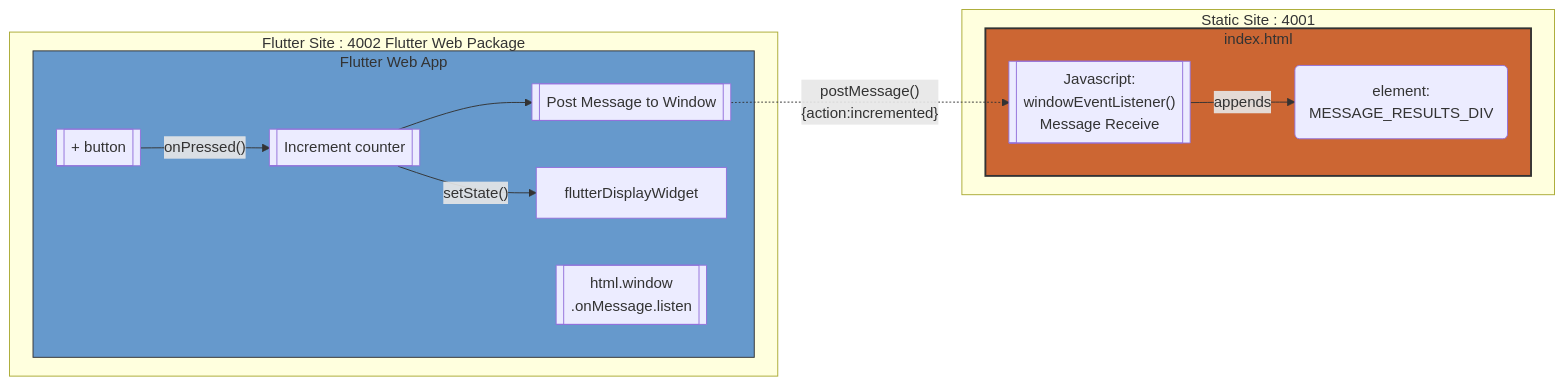
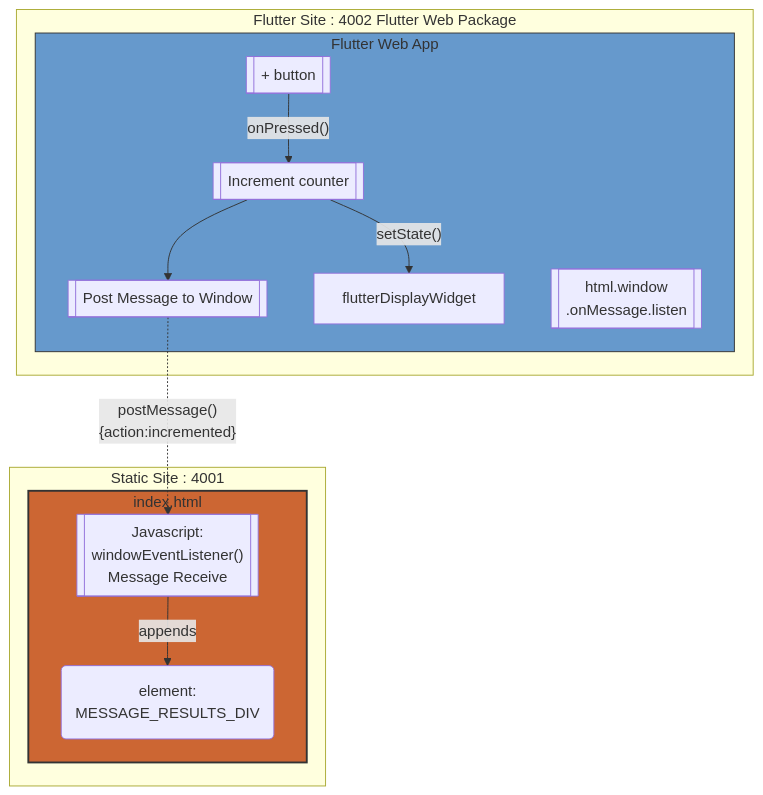
The third of 4 diagrams in README.md (freemansoft/flutter-embedded), drawn with Mermaid before and after one commit.

Commit message:
yet again

````diff
--- a/README.md
+++ b/README.md
@@ -132,39 +132,39 @@
 ```mermaid
-graph LR;
+graph TB;
   subgraph 4001[Static Site : 4001]
     subgraph staticIndex[index.html]
 
       javascriptWindowEventListener[["Javascript:
       windowEventListener()
       Message Receive"]]
       htmlElementMessage("element:
       MESSAGE_RESULTS_DIV")
     end
   end
 
   subgraph 4002[Flutter Site : 4002 Flutter Web Package]
       subgraph flutter[Flutter Web App]
         flutterButtonPlus[["+ button"]]
         flutterPostMessage[["Post Message to Window"]]
         flutterCounter[[Increment counter]]
         flutterDisplayWidget
         flutterOnMessage[["html.window
         .onMessage.listen"]]
       end
   end
 
   flutterButtonPlus-- onPressed() -->flutterCounter
   flutterCounter-->flutterPostMessage
   flutterCounter--setState()-->flutterDisplayWidget
 
   flutterPostMessage-.postMessage()
     {action:incremented}.->javascriptWindowEventListener
   javascriptWindowEventListener--appends-->htmlElementMessage
 
 
   classDef orange fill:#c63,stroke:#333,stroke-width:2px;
   classDef blue fill:#69c,stroke:#333,strong-width:2px;
   class staticIndex,flutterIndex,flutterIndexEmbedded orange
   class flutter blue
 
 ```
````
